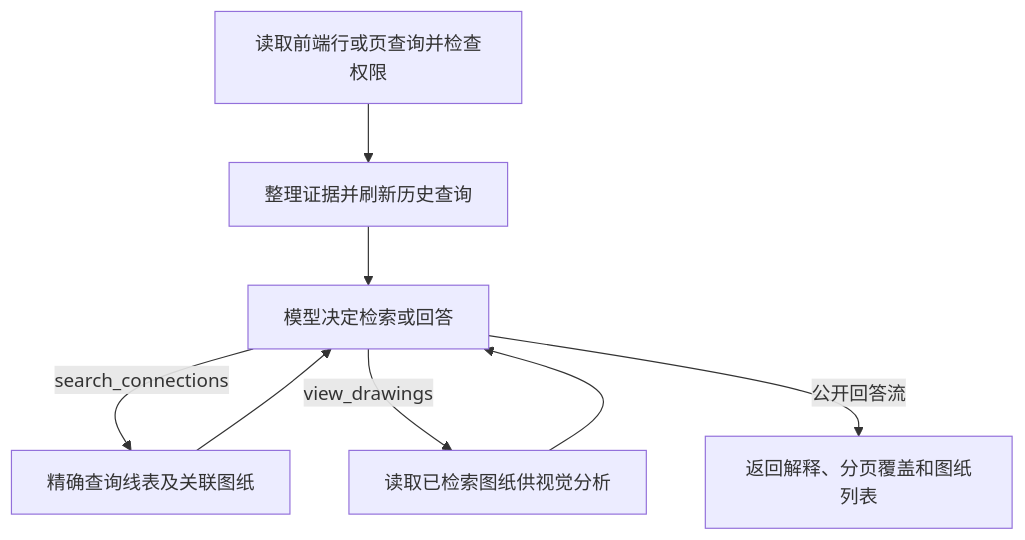
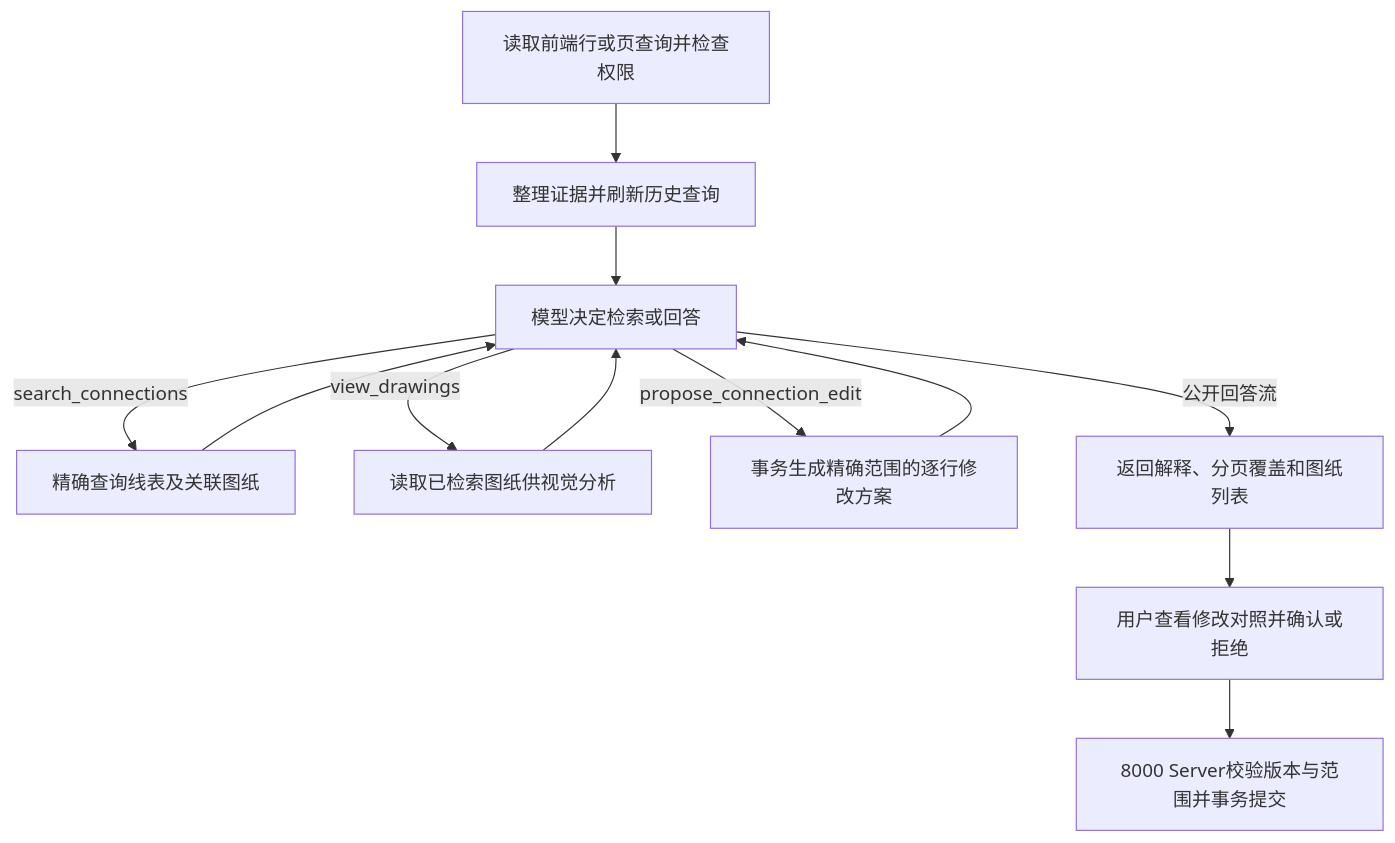
The diagram in services/agent/src/agent/explain_agent/README.md (Gu-Peach/zhenghua), drawn with Mermaid before and after one commit. The commit also changed other lines of this file and 139 other files, not shown here.

````diff
--- a/services/agent/src/agent/explain_agent/README.md
+++ b/services/agent/src/agent/explain_agent/README.md
@@ -7,10 +13,14 @@
 ```mermaid
 flowchart TD
     A[读取前端行或页查询并检查权限] --> B[整理证据并刷新历史查询]
     B --> C[模型决定检索或回答]
     C -->|search_connections| T[精确查询线表及关联图纸]
     C -->|view_drawings| I[读取已检索图纸供视觉分析]
     T --> C
     I --> C
+    C -->|propose_connection_edit| P[事务生成精确范围的逐行修改方案]
+    P --> C
     C -->|公开回答流| D[返回解释、分页覆盖和图纸列表]
+    D --> U[用户查看修改对照并确认或拒绝]
+    U --> S[8000 Server校验版本与范围并事务提交]
 ```
````
